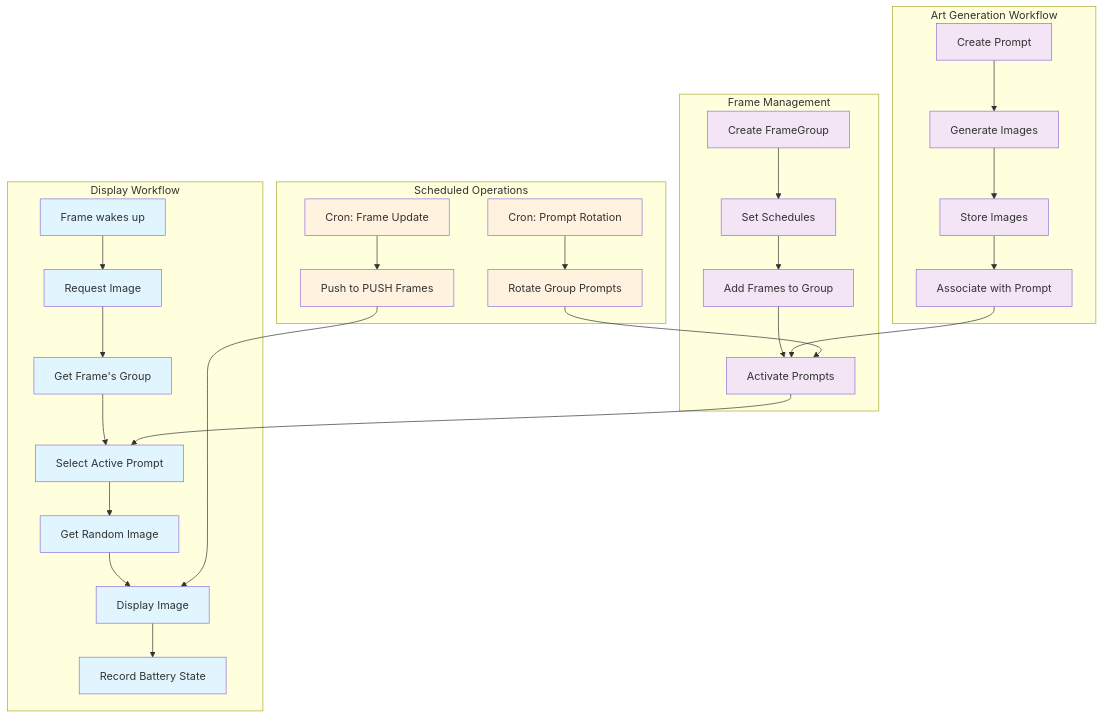
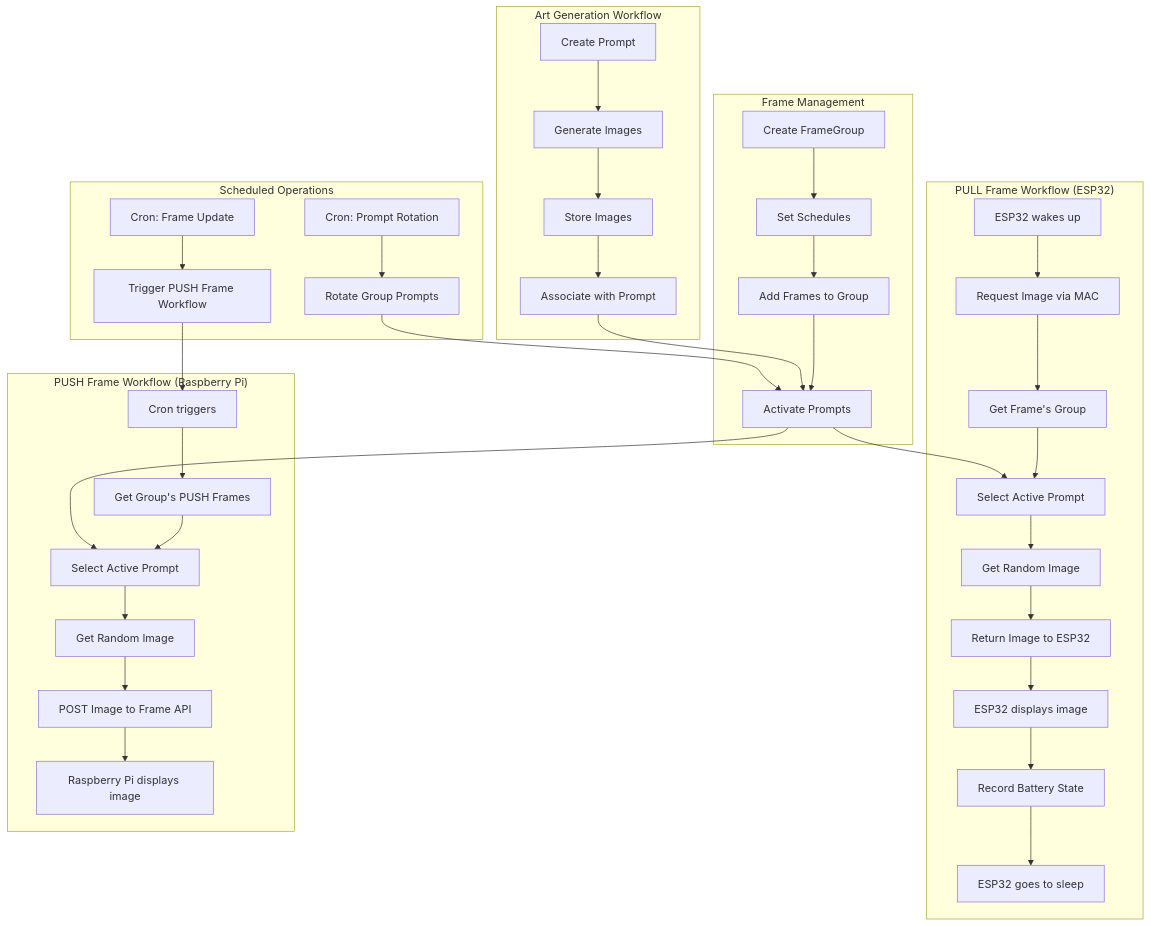
One commit to charnley/eink-art-gallery changed the third of 3 diagrams in readme.md. Above: the diagram before and after it, drawn with Mermaid.

````diff
--- a/readme.md
+++ b/readme.md
@@ -103,41 +103,44 @@
 ```mermaid
 flowchart TD
     subgraph "Art Generation Workflow"
         A[Create Prompt] --> B[Generate Images]
         B --> C[Store Images]
         C --> D[Associate with Prompt]
     end
 
     subgraph "Frame Management"
         E[Create FrameGroup] --> F[Set Schedules]
         F --> G[Add Frames to Group]
         G --> H[Activate Prompts]
     end
 
-    subgraph "Display Workflow"
-        I[Frame wakes up] --> J[Request Image]
-        J --> K[Get Frame's Group]
-        K --> L[Select Active Prompt]
-        L --> M[Get Random Image]
-        M --> N[Display Image]
-        N --> O[Record Battery State]
+    subgraph "PULL Frame Workflow (ESP32)"
+        I1[ESP32 wakes up] --> J1[Request Image via MAC]
+        J1 --> K1[Get Frame's Group]
+        K1 --> L1[Select Active Prompt]
+        L1 --> M1[Get Random Image]
+        M1 --> N1[Return Image to ESP32]
+        N1 --> O1[ESP32 displays image]
+        O1 --> P1[Record Battery State]
+        P1 --> Q1[ESP32 goes to sleep]
+    end
+
+    subgraph "PUSH Frame Workflow (Raspberry Pi)"
+        I2[Cron triggers] --> J2[Get Group's PUSH Frames]
+        J2 --> K2[Select Active Prompt]
+        K2 --> L2[Get Random Image]
+        L2 --> M2[POST Image to Frame API]
+        M2 --> N2[Raspberry Pi displays image]
     end
 
     subgraph "Scheduled Operations"
-        P[Cron: Prompt Rotation] --> Q[Rotate Group Prompts]
-        R[Cron: Frame Update] --> S[Push to PUSH Frames]
+        R1[Cron: Prompt Rotation] --> S1[Rotate Group Prompts]
+        R2[Cron: Frame Update] --> S2[Trigger PUSH Frame Workflow]
     end
 
     D --> H
-    H --> L
-    Q --> H
-    S --> N
-
-    classDef db fill:#e1f5fe
-    classDef process fill:#f3e5f5
-    classDef schedule fill:#fff3e0
-
-    class A,B,C,D,E,F,G,H process
-    class I,J,K,L,M,N,O db
-    class P,Q,R,S schedule
+    H --> L1
+    H --> K2
+    S1 --> H
+    S2 --> I2
 ```
````
